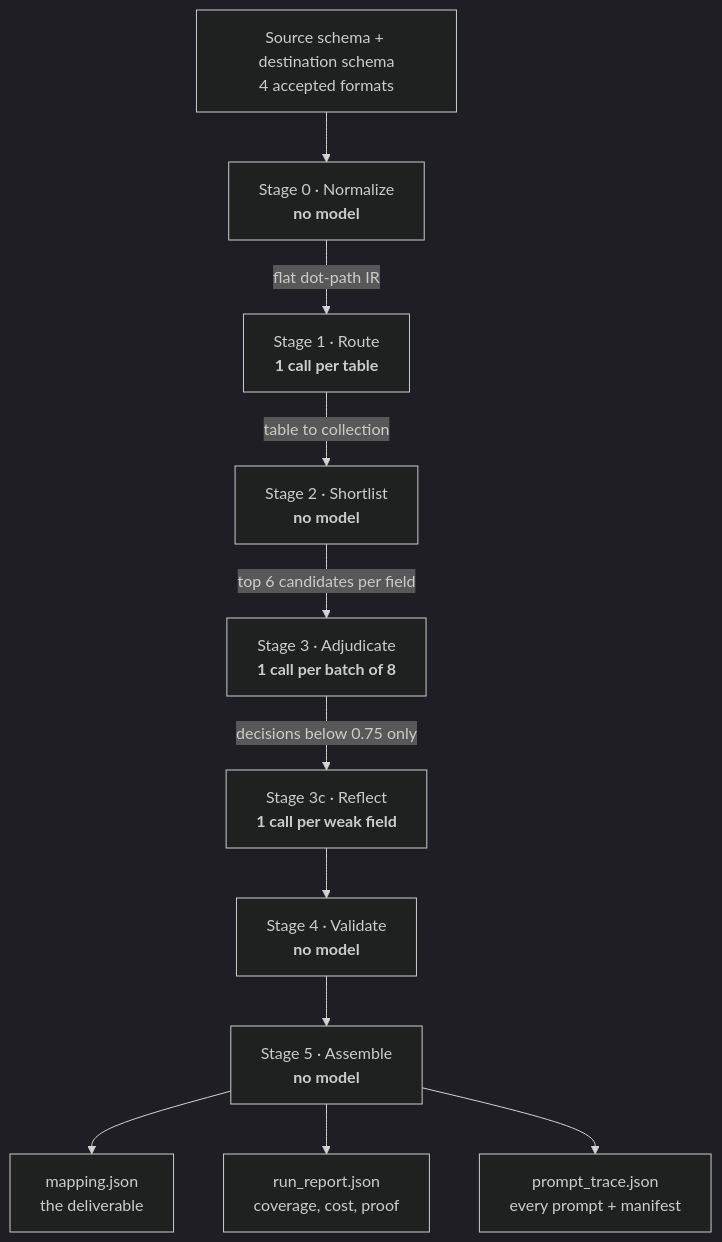
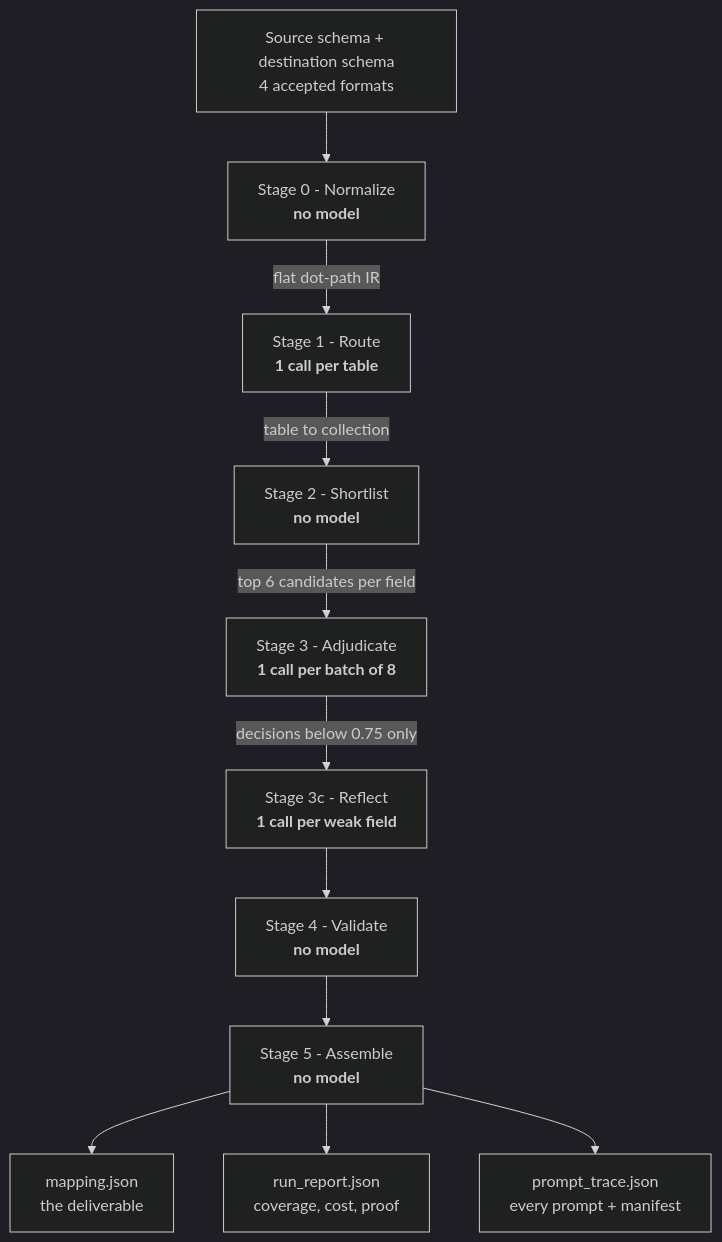
One commit to Raviteja-Ainampudi/schema_field_mapper changed the first of 7 diagrams in docs/PIPELINE.md. Above: the diagram before and after it, drawn with Mermaid (dark theme). The commit also changed other lines of this file and 9 other files, not shown here.

First line of the commit message:
Refactor and enhance documentation for schema mapping tool

````diff
--- a/docs/PIPELINE.md
+++ b/docs/PIPELINE.md
@@ -8,27 +8,27 @@
 ```mermaid
 flowchart TD
     input["Source schema + destination schema<br/>4 accepted formats"]
 
-    s0["Stage 0 · Normalize<br/><b>no model</b>"]
-    s1["Stage 1 · Route<br/><b>1 call per table</b>"]
-    s2["Stage 2 · Shortlist<br/><b>no model</b>"]
-    s3["Stage 3 · Adjudicate<br/><b>1 call per batch of 8</b>"]
-    s3c["Stage 3c · Reflect<br/><b>1 call per weak field</b>"]
-    s4["Stage 4 · Validate<br/><b>no model</b>"]
-    s5["Stage 5 · Assemble<br/><b>no model</b>"]
+    s0["Stage 0 - Normalize<br/><b>no model</b>"]
+    s1["Stage 1 - Route<br/><b>1 call per table</b>"]
+    s2["Stage 2 - Shortlist<br/><b>no model</b>"]
+    s3["Stage 3 - Adjudicate<br/><b>1 call per batch of 8</b>"]
+    s3c["Stage 3c - Reflect<br/><b>1 call per weak field</b>"]
+    s4["Stage 4 - Validate<br/><b>no model</b>"]
+    s5["Stage 5 - Assemble<br/><b>no model</b>"]
 
     out1["mapping.json<br/>the deliverable"]
     out2["run_report.json<br/>coverage, cost, proof"]
     out3["prompt_trace.json<br/>every prompt + manifest"]
 
     input --> s0
     s0 -->|"flat dot-path IR"| s1
     s1 -->|"table to collection"| s2
     s2 -->|"top 6 candidates per field"| s3
     s3 -->|"decisions below 0.75 only"| s3c
     s3c --> s4
     s4 --> s5
     s5 --> out1
     s5 --> out2
     s5 --> out3
 ```
````
